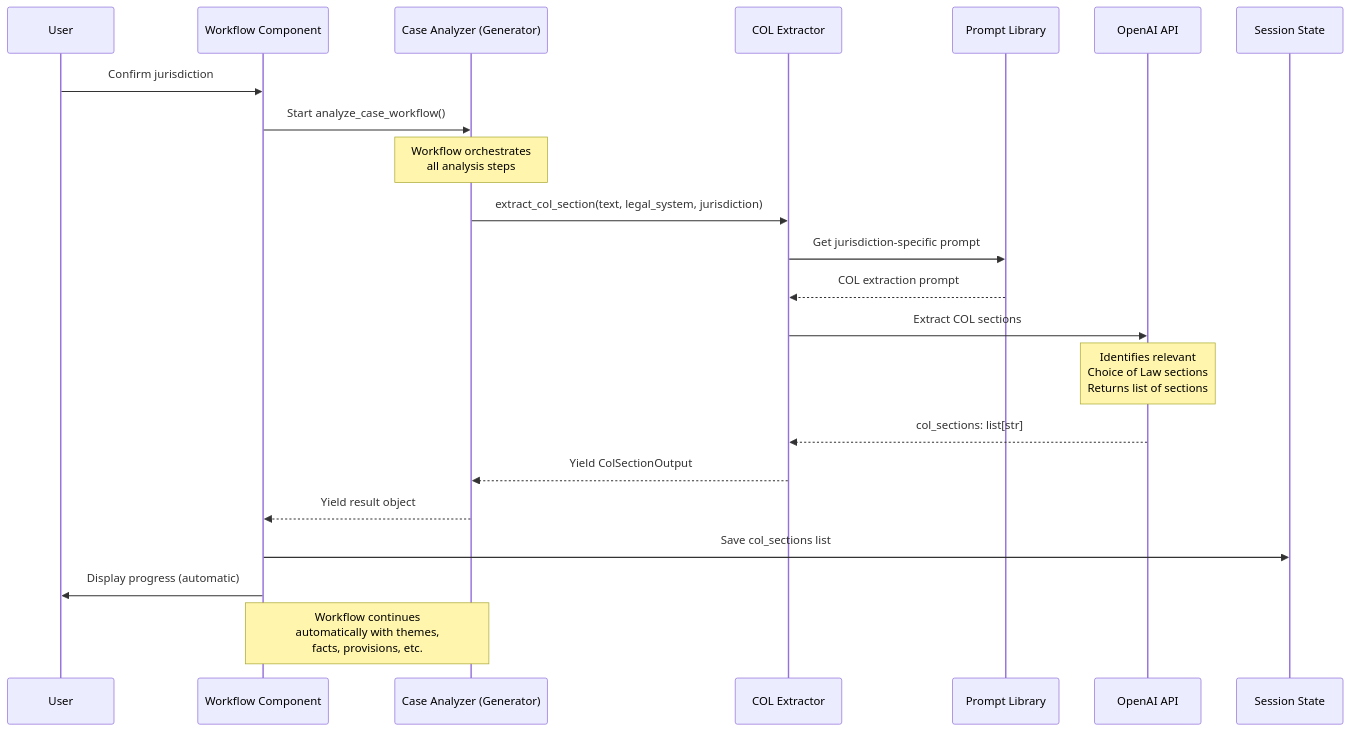
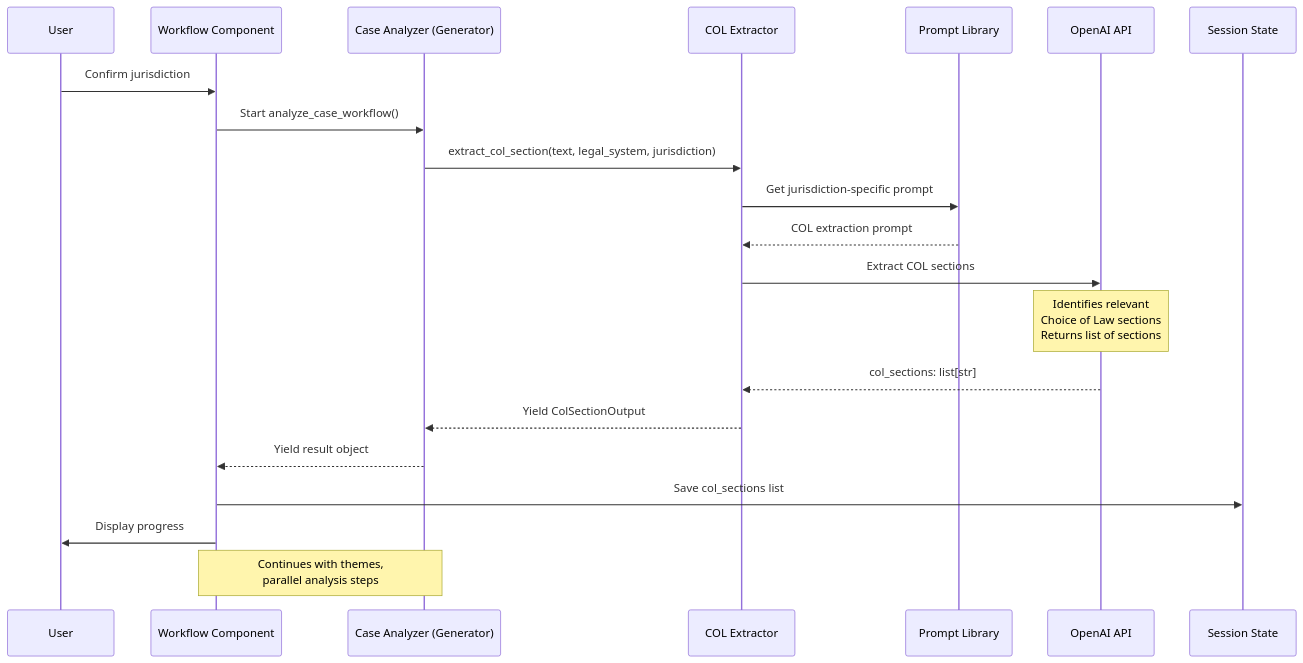
One commit to Choice-of-Law-Dataverse/cold-case-analysis changed the fifth of 8 diagrams in docs/WORKFLOWS.md. Above: the diagram before and after it, drawn with Mermaid. The commit also changed other lines of this file, not shown here.

Commit message:
Update workflow documentation to reflect parallel COL issue extraction

````diff
--- a/docs/WORKFLOWS.md
+++ b/docs/WORKFLOWS.md
@@ -289,29 +286,28 @@
 ```mermaid
 sequenceDiagram
     participant User
     participant UI as Workflow Component
     participant Generator as Case Analyzer (Generator)
     participant Tool as COL Extractor
     participant Prompt as Prompt Library
     participant LLM as OpenAI API
     participant State as Session State
 
     User->>UI: Confirm jurisdiction
     UI->>Generator: Start analyze_case_workflow()
-    Note over Generator: Workflow orchestrates<br/>all analysis steps
     
     Generator->>Tool: extract_col_section(text, legal_system, jurisdiction)
     Tool->>Prompt: Get jurisdiction-specific prompt
     Prompt-->>Tool: COL extraction prompt
     
     Tool->>LLM: Extract COL sections
     Note over LLM: Identifies relevant<br/>Choice of Law sections<br/>Returns list of sections
     LLM-->>Tool: col_sections: list[str]
     
     Tool-->>Generator: Yield ColSectionOutput
     Generator-->>UI: Yield result object
     UI->>State: Save col_sections list
-    UI->>User: Display progress (automatic)
+    UI->>User: Display progress
     
-    Note over Generator,UI: Workflow continues<br/>automatically with themes,<br/>facts, provisions, etc.
+    Note over Generator,UI: Continues with themes,<br/>parallel analysis steps
 ```
````
